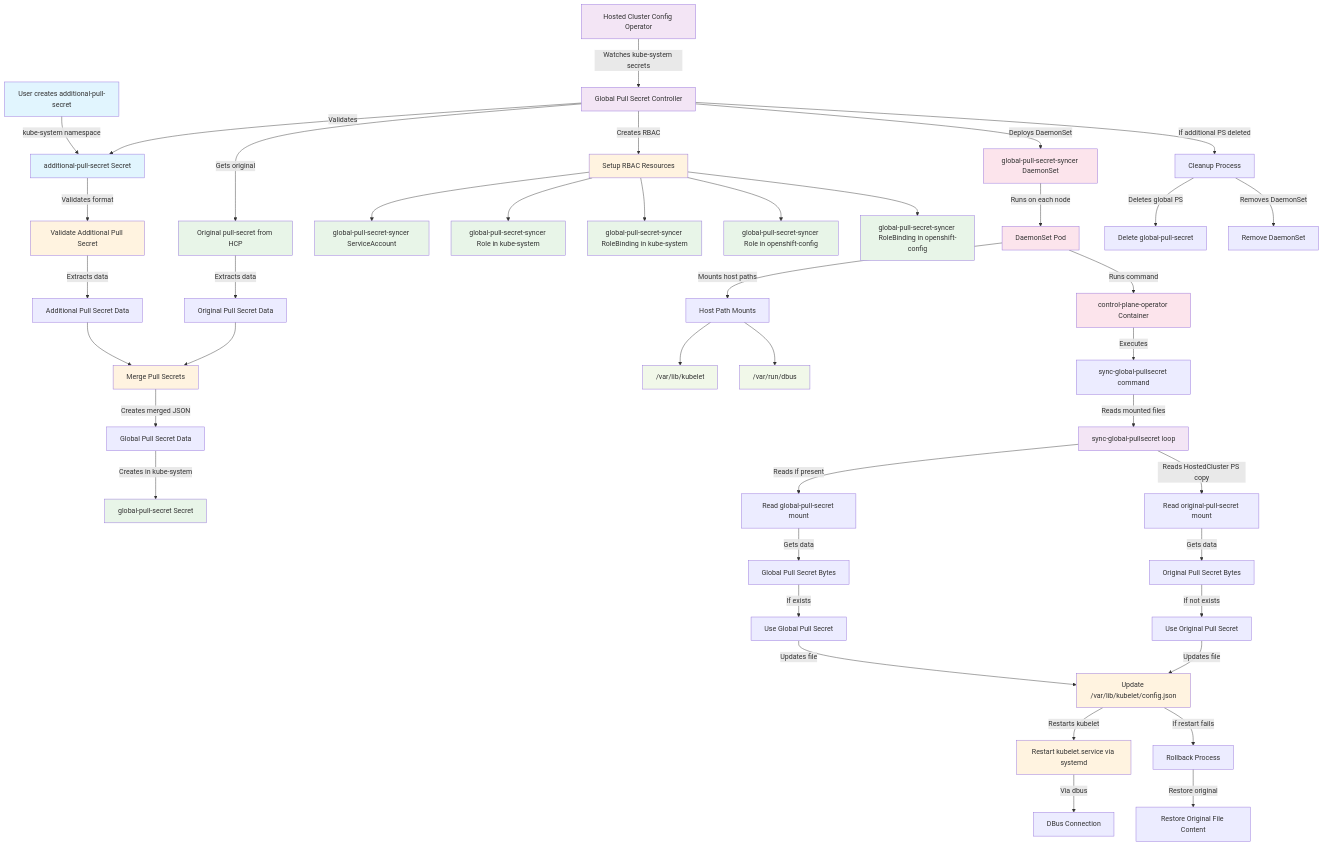
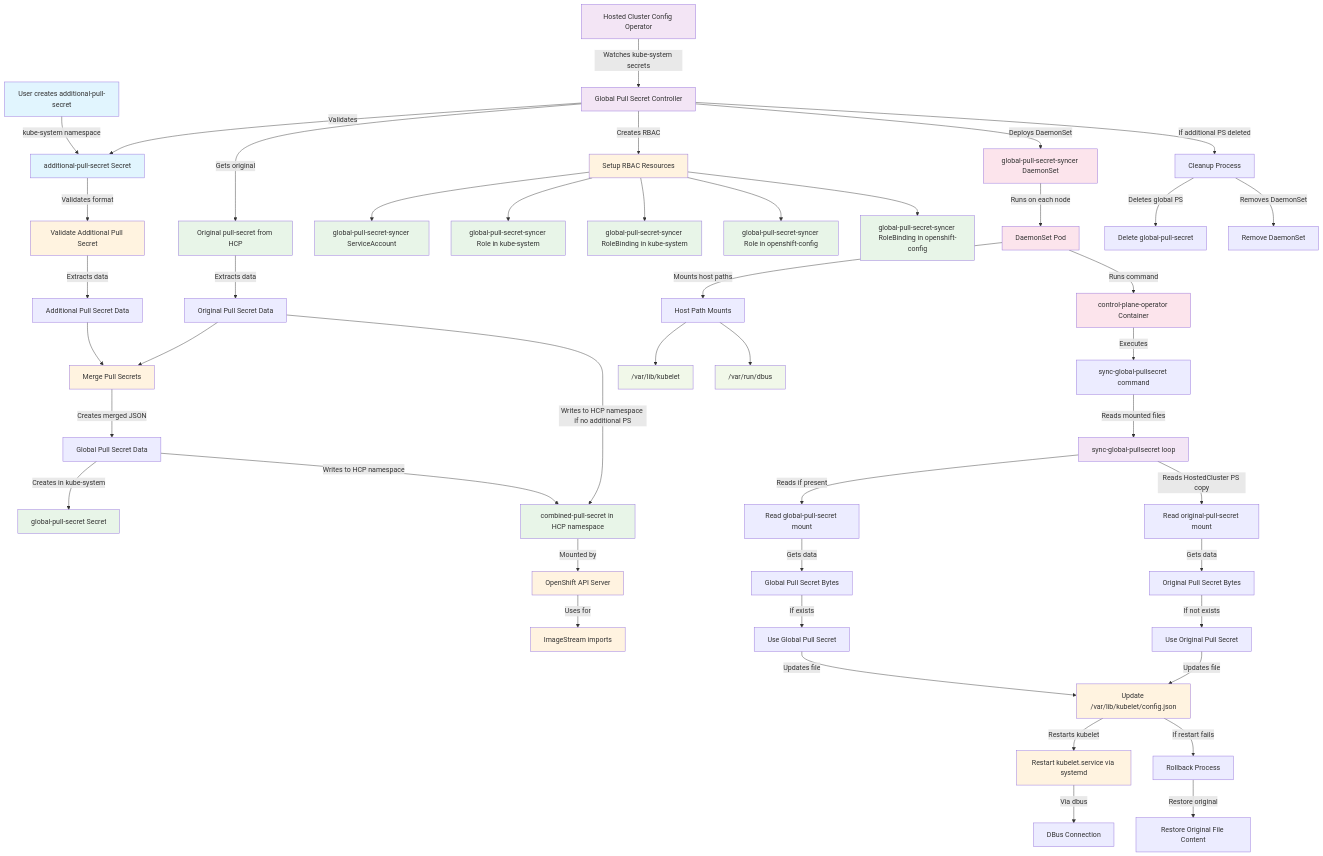
Before and after one commit to openshift/hypershift: the diagram in docs/content/how-to/common/global-pull-secret.md, drawn with Mermaid. The commit also changed other lines of this file and 25 other files, not shown here.

First line of the commit message:
fix(OCPBUGS-115085): mount combined-pull-secret in OpenShift API Server

````diff
--- a/docs/content/how-to/common/global-pull-secret.md
+++ b/docs/content/how-to/common/global-pull-secret.md
@@ -248,6 +252,12 @@
 
     %% Secret Creation
     GlobalPSData --> |Creates in kube-system| GlobalPSSecret[global-pull-secret Secret]
+
+    %% Combined Pull Secret in HCP namespace
+    GlobalPSData --> |Writes to HCP namespace| CombinedPS[combined-pull-secret in HCP namespace]
+    OriginalPSData --> |Writes to HCP namespace if no additional PS| CombinedPS
+    CombinedPS --> |Mounted by| OAPI[OpenShift API Server]
+    OAPI --> |Uses for| ImageStreams[ImageStream imports]
 
     %% RBAC Setup
     GlobalPSController --> |Creates RBAC| RBACSetup[Setup RBAC Resources]
@@ -314,4 +324,6 @@
     class ValidatePS,MergeSecrets,RBACSetup,UpdateKubeletConfig,RestartKubelet process
     class DaemonSet,DaemonSetPod,Container daemonSet
     class KubeletPath,DbusPath fileSystem
+    class CombinedPS secret
+    class OAPI,ImageStreams process
 ```
````
